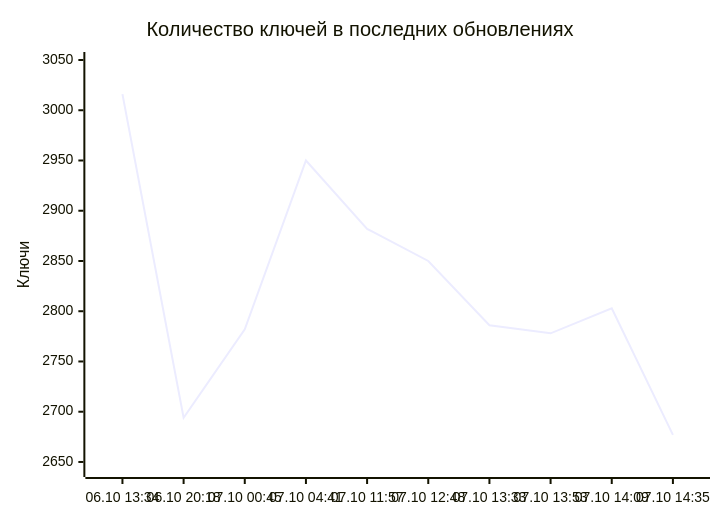
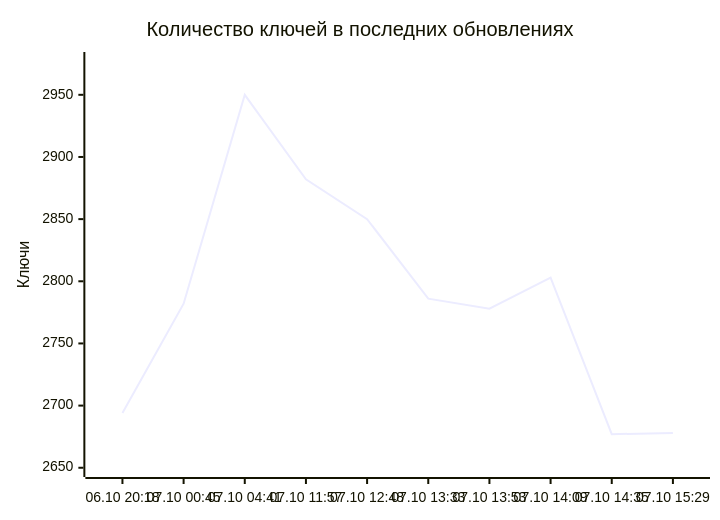
One commit to markKikhtenko/WireVeil changed the diagram in README.md. Above: the diagram before and after it, drawn with Mermaid. The commit also changed other lines of this file and 13 other files, not shown here.

````diff
--- a/README.md
+++ b/README.md
@@ -55,7 +55,7 @@
 ```mermaid
 xychart-beta
     title "Количество ключей в последних обновлениях"
-    x-axis ["06.10 13:34", "06.10 20:18", "07.10 00:45", "07.10 04:41", "07.10 11:57", "07.10 12:48", "07.10 13:33", "07.10 13:53", "07.10 14:09", "07.10 14:35"]
-    y-axis "Ключи" 2643 --> 3050
-    line [3016, 2694, 2782, 2950, 2882, 2850, 2786, 2778, 2803, 2677]
+    x-axis ["06.10 20:18", "07.10 00:45", "07.10 04:41", "07.10 11:57", "07.10 12:48", "07.10 13:33", "07.10 13:53", "07.10 14:09", "07.10 14:35", "07.10 15:29"]
+    y-axis "Ключи" 2649 --> 2978
+    line [2694, 2782, 2950, 2882, 2850, 2786, 2778, 2803, 2677, 2678]
 ```
````
